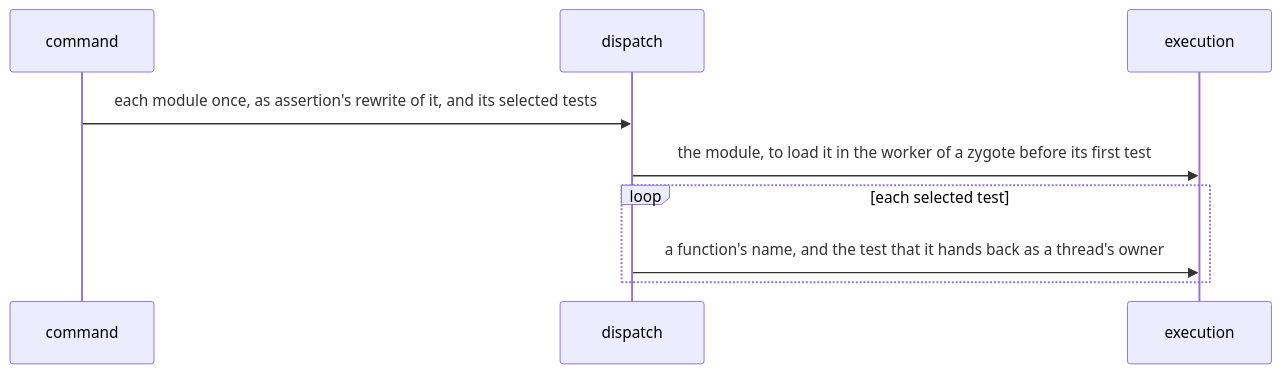
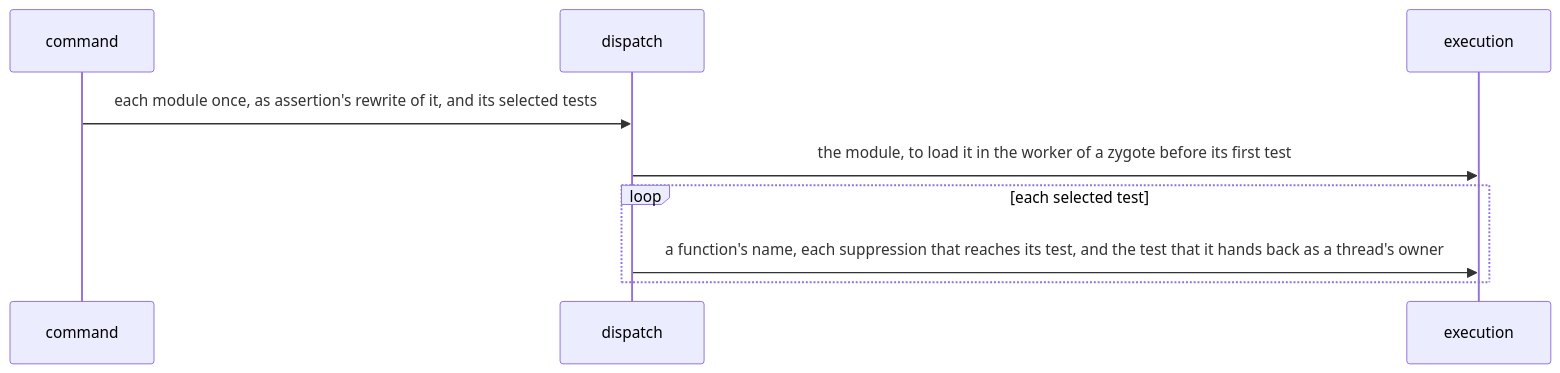
The diagram in docs/decisions/a-worker-loads-each-module-once.md (kalonji-tools/purba), drawn with Mermaid before and after one commit. The commit also changed 14 other files, not shown here.

````diff
--- a/docs/decisions/a-worker-loads-each-module-once.md
+++ b/docs/decisions/a-worker-loads-each-module-once.md
@@ -30,8 +30,8 @@
 ```mermaid
 sequenceDiagram
   command->>dispatch: each module once, as assertion's rewrite of it, and its selected tests
   dispatch->>execution: the module, to load it in the worker of a zygote before its first test
   loop each selected test
-    dispatch->>execution: a function's name, and the test that it hands back as a thread's owner
+    dispatch->>execution: a function's name, each suppression that reaches its test, and the test that it hands back as a thread's owner
   end
 ```
````
